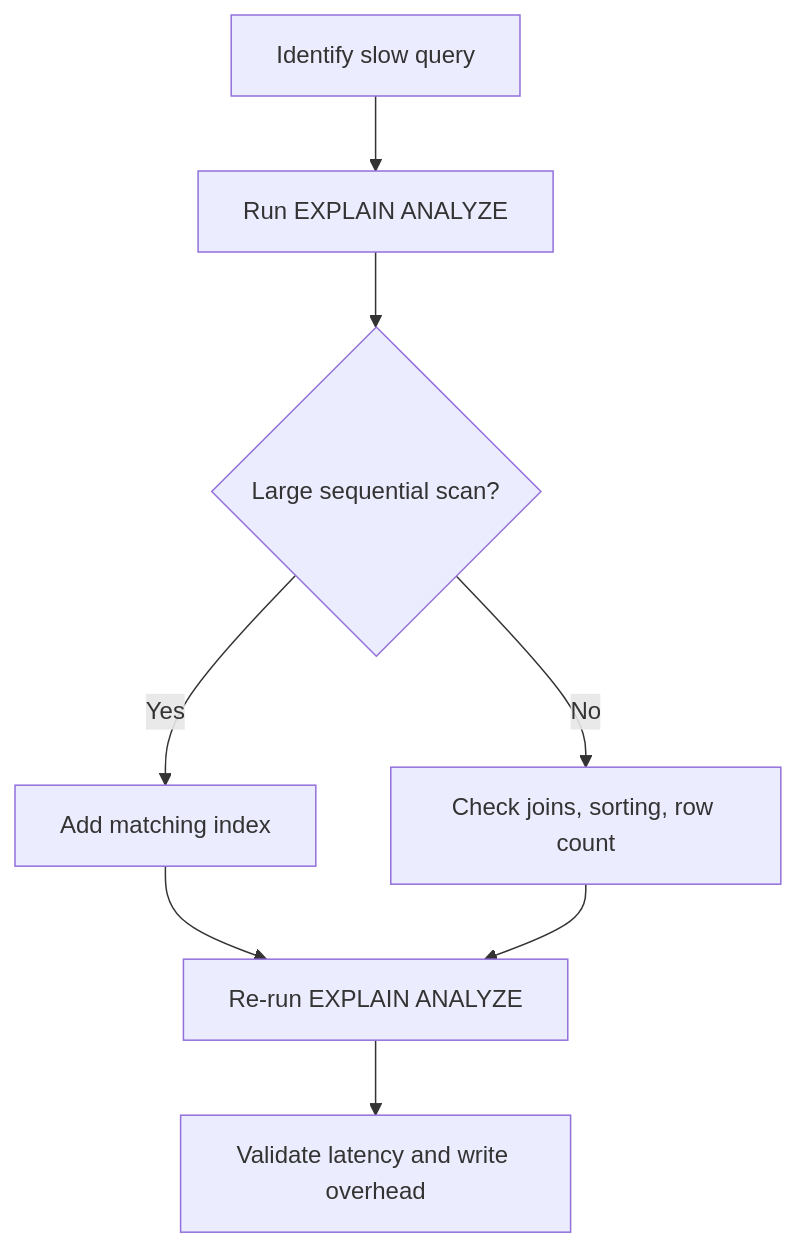
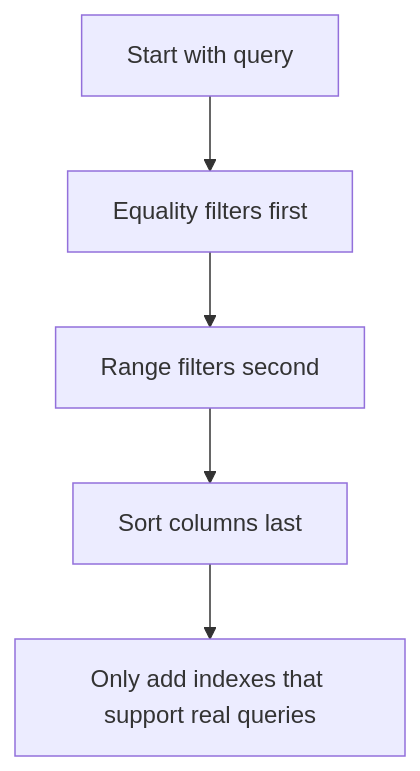
One commit to mthaiseer/springcloud-systemdesign-notes changed the seventh of 19 diagrams in HLD_NOTES/003_TECHNOLOGY_DEEP_DIVE/rdbms/database_v2.md. Above: the diagram before and after it, drawn with Mermaid. The commit also changed other lines of this file, not shown here.

````diff
--- a/HLD_NOTES/003_TECHNOLOGY_DEEP_DIVE/rdbms/database_v2.md
+++ b/HLD_NOTES/003_TECHNOLOGY_DEEP_DIVE/rdbms/database_v2.md
@@ -415,10 +405,7 @@
 ```mermaid
 flowchart TD
-    A[Identify slow query] --> B[Run EXPLAIN ANALYZE]
-    B --> C{Large sequential scan?}
-    C -->|Yes| D[Add matching index]
-    C -->|No| E[Check joins, sorting, row count]
-    D --> F[Re-run EXPLAIN ANALYZE]
-    E --> F
-    F --> G[Validate latency and write overhead]
+    A[Start with query] --> B[Equality filters first]
+    B --> C[Range filters second]
+    C --> D[Sort columns last]
+    D --> E[Only add indexes that support real queries]
 ```
````
